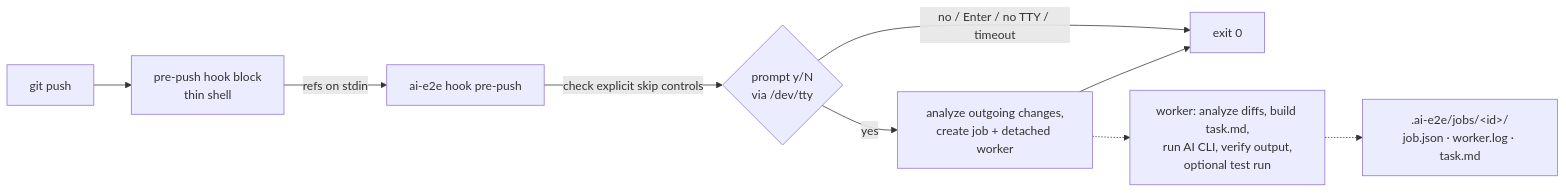
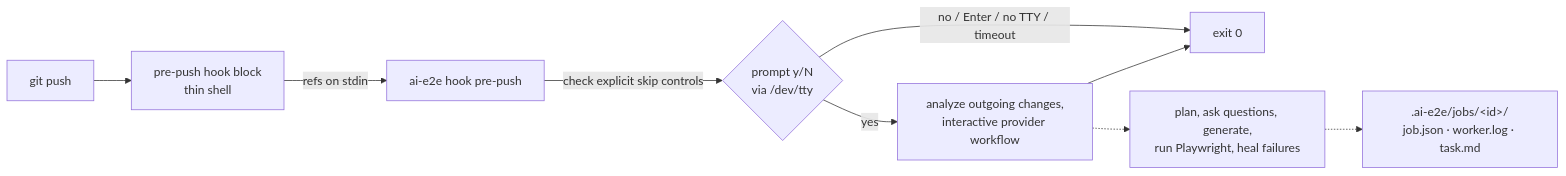
One commit to Raj-Pratik/e2e-ai changed the diagram in README.md. Above: the diagram before and after it, drawn with Mermaid. The commit also changed other lines of this file, not shown here.

````diff
--- a/README.md
+++ b/README.md
@@ -21,11 +20,11 @@
 ```mermaid
 flowchart LR
   A[git push] --> B[pre-push hook block<br/>thin shell]
   B -->|refs on stdin| C[ai-e2e hook pre-push]
   C -->|check explicit skip controls| D{prompt y/N<br/>via /dev/tty}
   D -->|no / Enter / no TTY / timeout| E[exit 0]
-  D -->|yes| F[analyze outgoing changes,<br/>create job + detached worker]
+  D -->|yes| F[analyze outgoing changes,<br/>interactive provider workflow]
   F --> E
-  F -.-> G[worker: analyze diffs, build task.md,<br/>run AI CLI, verify output,<br/>optional test run]
+  F -.-> G[plan, ask questions, generate,<br/>run Playwright, heal failures]
   G -.-> H[.ai-e2e/jobs/&lt;id&gt;/<br/>job.json · worker.log · task.md]
 ```
````
